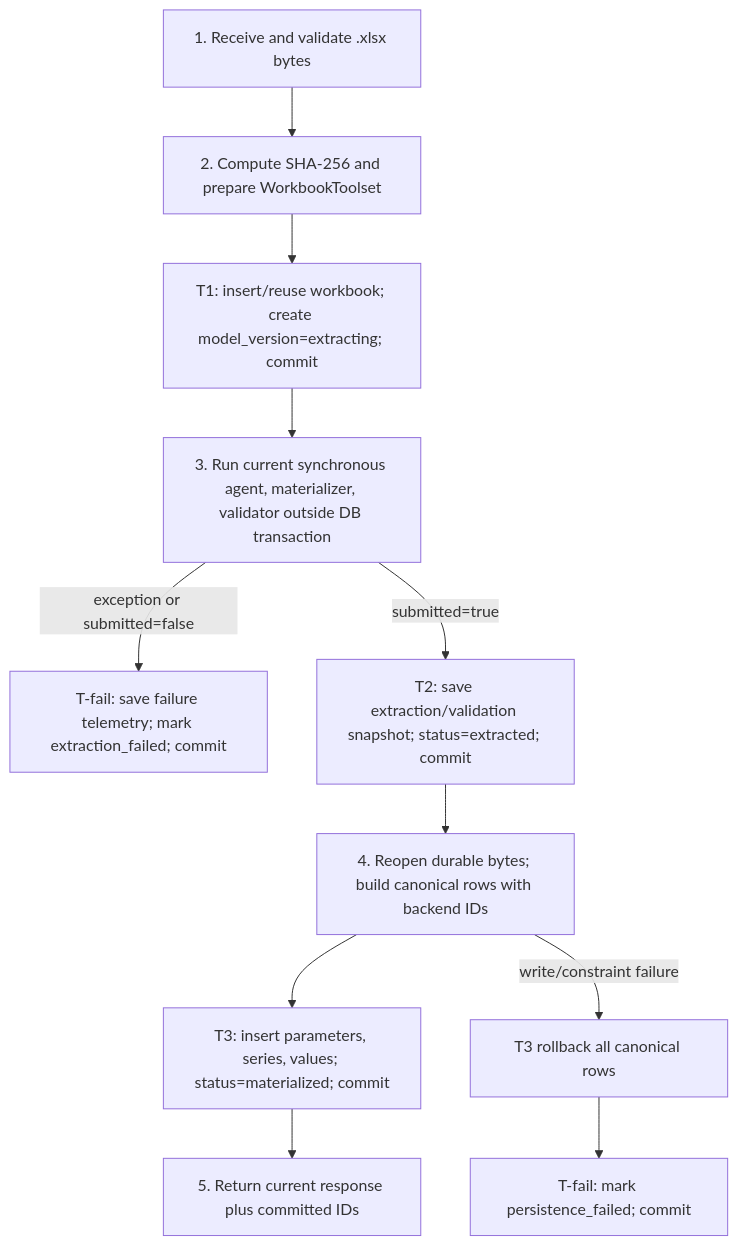
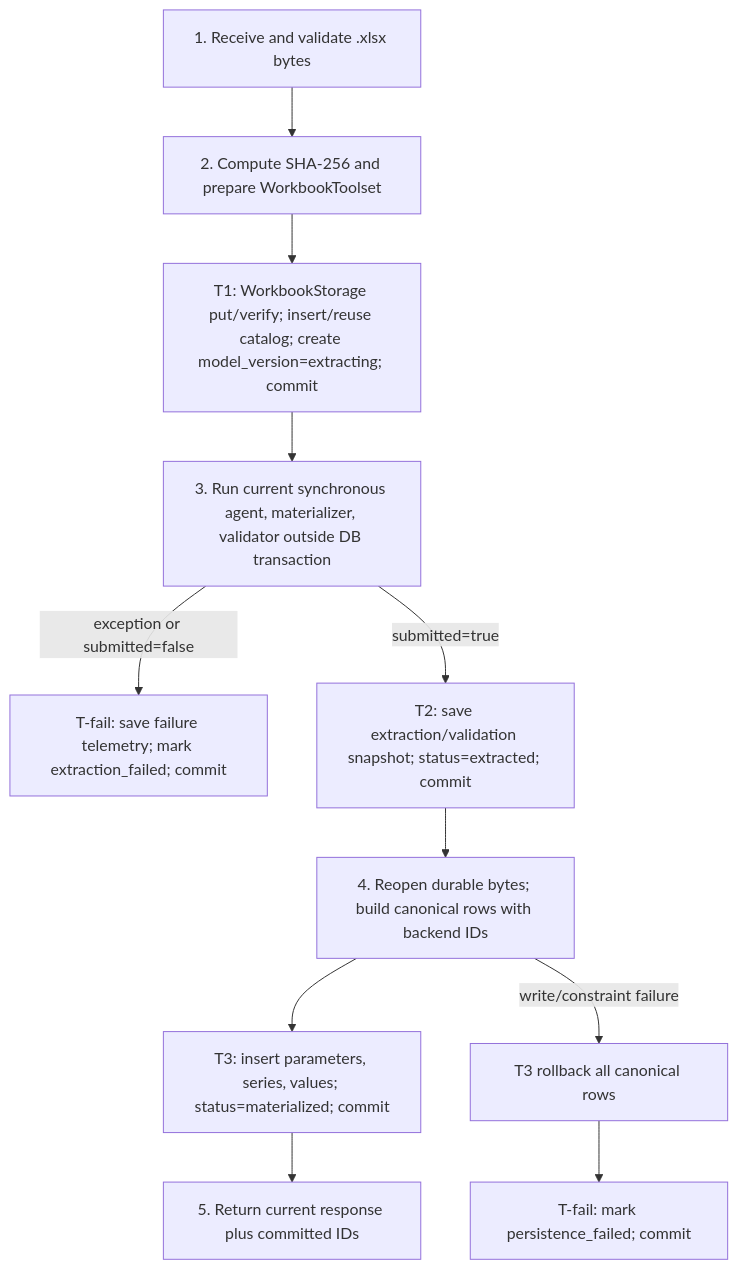
The fifth of 5 diagrams in docs/superpowers/specs/2026-07-15-model-extraction-persistence-design.md (GDSherlock/investiq), drawn with Mermaid before and after one commit. The commit also changed other lines of this file, not shown here.

````diff
--- a/docs/superpowers/specs/2026-07-15-model-extraction-persistence-design.md
+++ b/docs/superpowers/specs/2026-07-15-model-extraction-persistence-design.md
@@ -758,13 +830,13 @@
 ```mermaid
 flowchart TD
     A["1. Receive and validate .xlsx bytes"] --> B["2. Compute SHA-256 and prepare WorkbookToolset"]
-    B --> C["T1: insert/reuse workbook; create model_version=extracting; commit"]
+    B --> C["T1: WorkbookStorage put/verify; insert/reuse catalog; create model_version=extracting; commit"]
     C --> D["3. Run current synchronous agent, materializer, validator outside DB transaction"]
     D -->|exception or submitted=false| E["T-fail: save failure telemetry; mark extraction_failed; commit"]
     D -->|submitted=true| F["T2: save extraction/validation snapshot; status=extracted; commit"]
     F --> G["4. Reopen durable bytes; build canonical rows with backend IDs"]
     G --> H["T3: insert parameters, series, values; status=materialized; commit"]
     H --> I["5. Return current response plus committed IDs"]
     G -->|write/constraint failure| J["T3 rollback all canonical rows"]
     J --> K["T-fail: mark persistence_failed; commit"]
 ```
````
